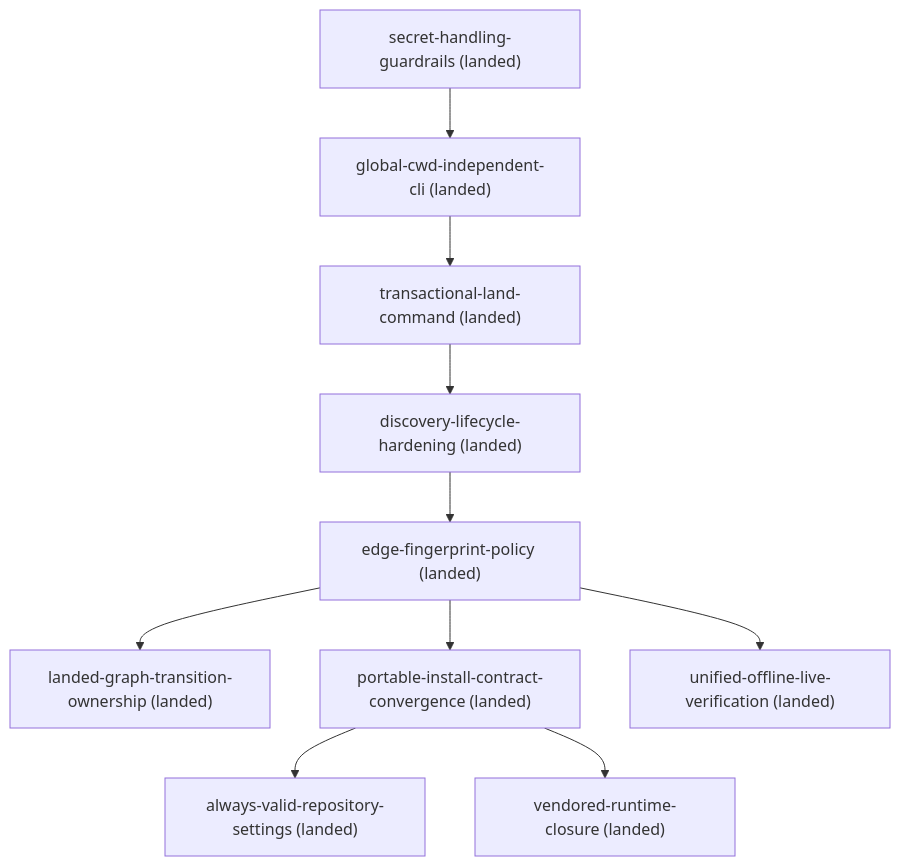
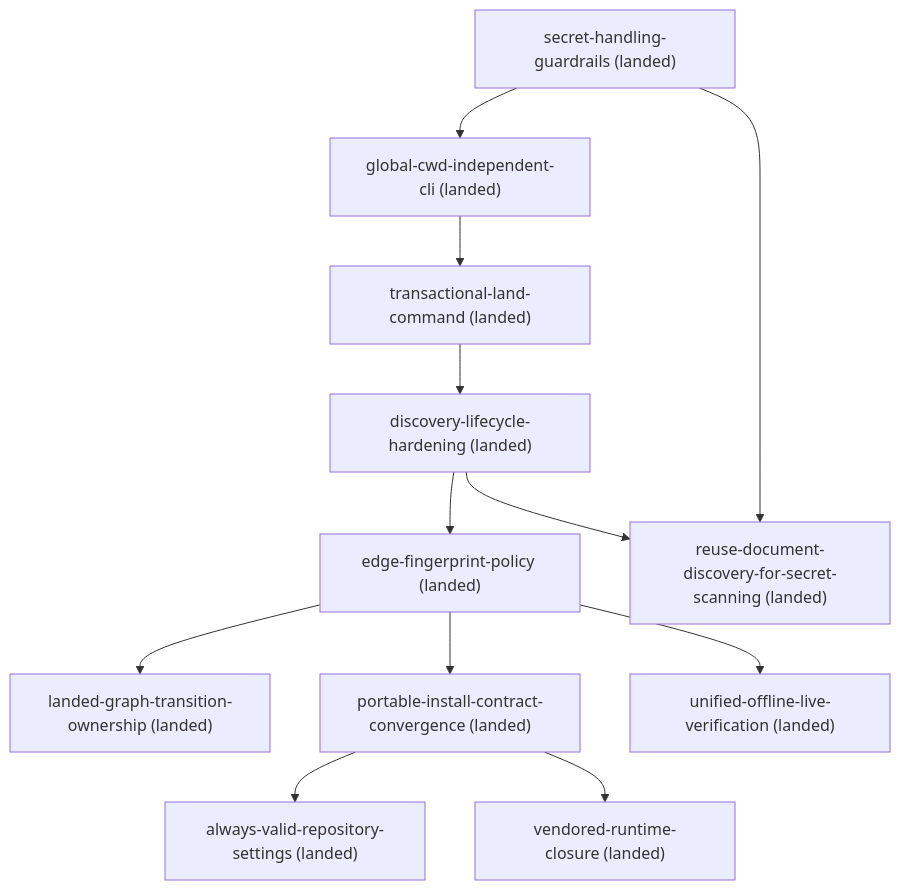
The diagram in docs/roadmap.md (kli66/doc-contract), drawn with Mermaid before and after one commit. The commit also changed other lines of this file and 8 other files, not shown here.

Commit message:
fix: reuse document discovery for secret scanning

````diff
--- a/docs/roadmap.md
+++ b/docs/roadmap.md
@@ -41,22 +42,25 @@
 ```mermaid
 flowchart TD
     always_valid_repository_settings["always-valid-repository-settings (landed)"]
     discovery_lifecycle_hardening["discovery-lifecycle-hardening (landed)"]
     edge_fingerprint_policy["edge-fingerprint-policy (landed)"]
     global_cwd_independent_cli["global-cwd-independent-cli (landed)"]
     landed_graph_transition_ownership["landed-graph-transition-ownership (landed)"]
     portable_install_contract_convergence["portable-install-contract-convergence (landed)"]
+    reuse_document_discovery_for_secret_scanning["reuse-document-discovery-for-secret-scanning (landed)"]
     secret_handling_guardrails["secret-handling-guardrails (landed)"]
     transactional_land_command["transactional-land-command (landed)"]
     unified_offline_live_verification["unified-offline-live-verification (landed)"]
     vendored_runtime_closure["vendored-runtime-closure (landed)"]
     discovery_lifecycle_hardening --> edge_fingerprint_policy
+    discovery_lifecycle_hardening --> reuse_document_discovery_for_secret_scanning
     edge_fingerprint_policy --> landed_graph_transition_ownership
     edge_fingerprint_policy --> portable_install_contract_convergence
     edge_fingerprint_policy --> unified_offline_live_verification
     global_cwd_independent_cli --> transactional_land_command
     portable_install_contract_convergence --> always_valid_repository_settings
     portable_install_contract_convergence --> vendored_runtime_closure
     secret_handling_guardrails --> global_cwd_independent_cli
+    secret_handling_guardrails --> reuse_document_discovery_for_secret_scanning
     transactional_land_command --> discovery_lifecycle_hardening
 ```
````
